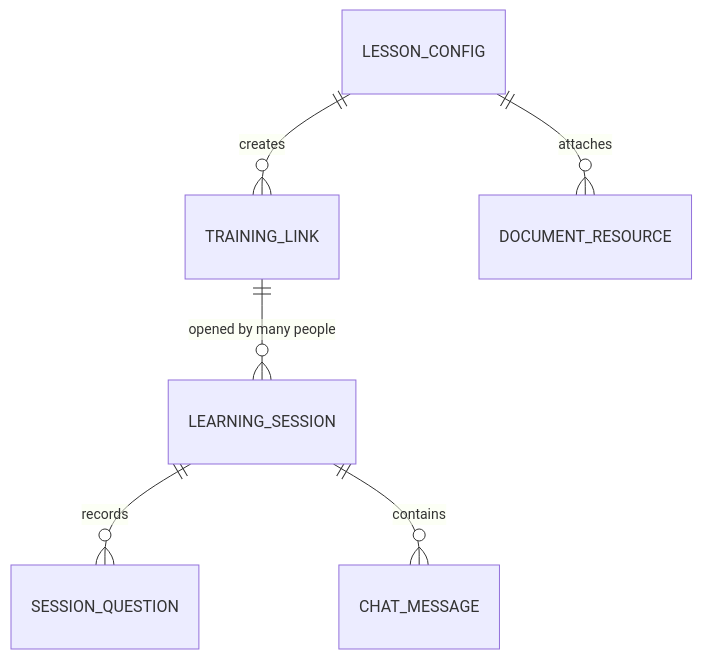
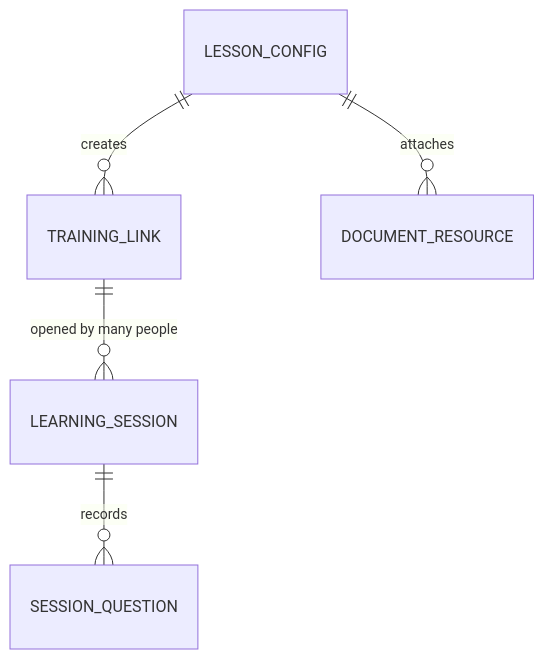
The diagram in frontend/docs/ER_DIAGRAM.md (Sathaporn24/sb_supportroom), drawn with Mermaid before and after one commit. The commit also changed other lines of this file and 183 other files, not shown here.

````diff
--- a/frontend/docs/ER_DIAGRAM.md
+++ b/frontend/docs/ER_DIAGRAM.md
@@ -9,8 +9,7 @@
 ```mermaid
 erDiagram
     LESSON_CONFIG ||--o{ TRAINING_LINK : creates
     LESSON_CONFIG ||--o{ DOCUMENT_RESOURCE : attaches
     TRAINING_LINK ||--o{ LEARNING_SESSION : "opened by many people"
     LEARNING_SESSION ||--o{ SESSION_QUESTION : records
-    LEARNING_SESSION ||--o{ CHAT_MESSAGE : contains
 ```
````
